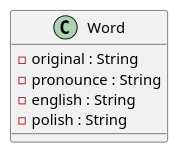
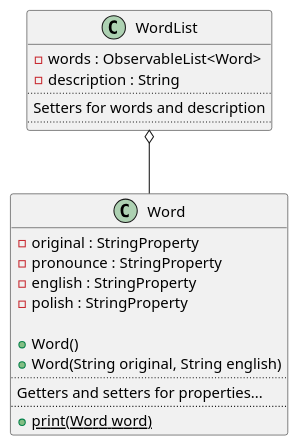
The diagram in planning/resources/data/Word.puml (wdyczko/nihongo), drawn with PlantUML before and after one commit. The commit also changed 3 other files, not shown here.

Commit message:
Simple README added, Word class relation updated, Words counter added

```diff
--- a/planning/resources/data/Word.puml
+++ b/planning/resources/data/Word.puml
@@ -1,10 +1,27 @@
 @startuml
 
 class Word {
-    - original : String
-    - pronounce : String
-    - english : String
-    - polish : String
+    - original : StringProperty
+    - pronounce : StringProperty
+    - english : StringProperty
+    - polish : StringProperty
+
+    + Word()
+    + Word(String original, String english)
+    ..
+    Getters and setters for properties...
+    ..
+    + {static} print(Word word)
 }
 
+class WordList {
+    - words : ObservableList<Word>
+    - description : String
+    ..
+    Setters for words and description
+    ..
+}
+
+WordList o-- Word
+
 @enduml
```
